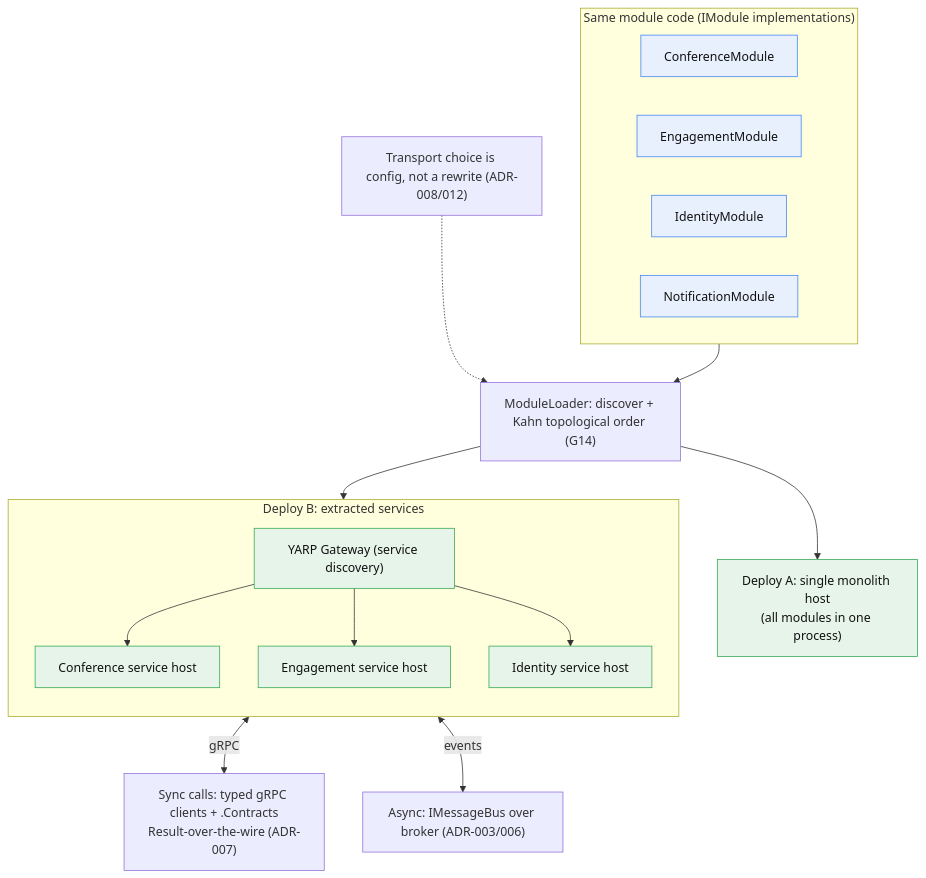
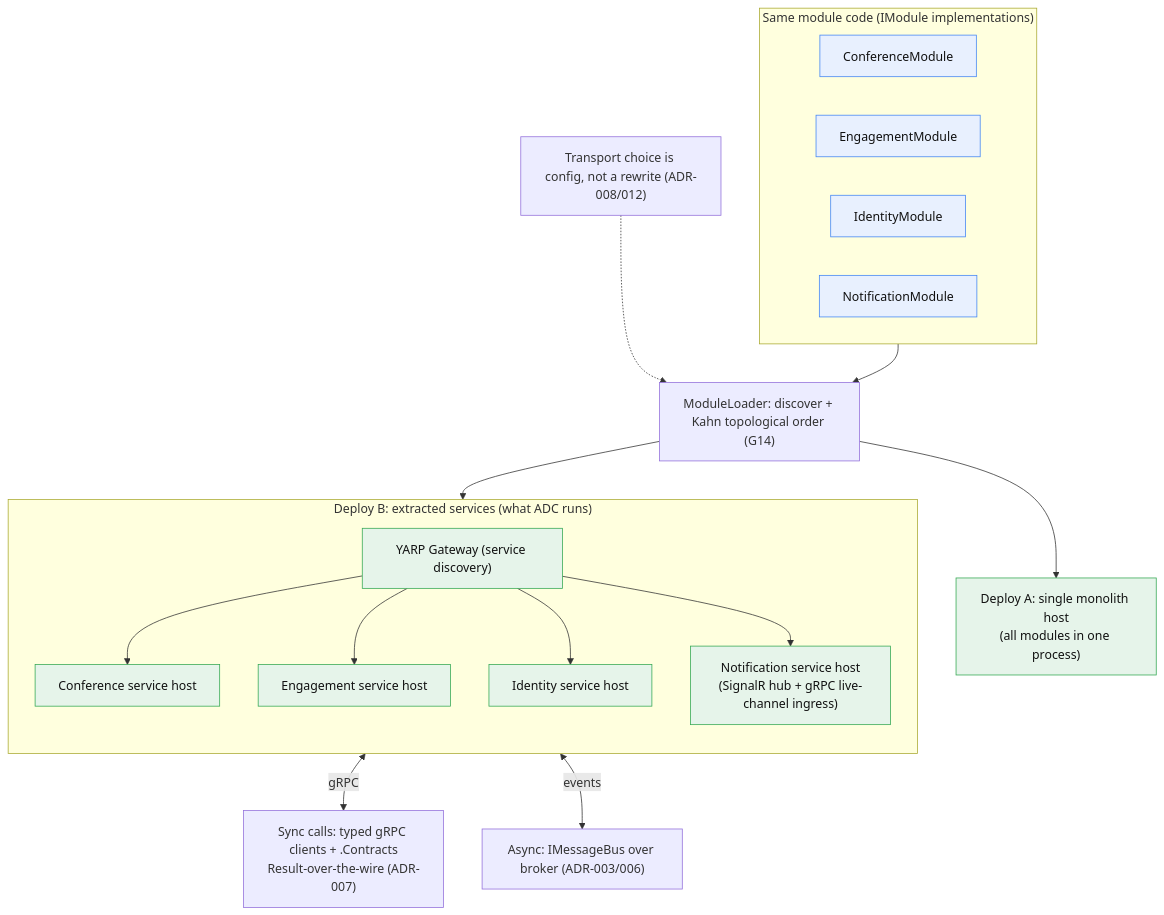
Before and after one commit to ivanball/ivanball.github.io: the seventh of 15 diagrams in docs-src/onboarding/CONCEPT-MAPS.md, drawn with Mermaid. The commit also changed other lines of this file and 15 other files, not shown here.

````diff
--- a/docs-src/onboarding/CONCEPT-MAPS.md
+++ b/docs-src/onboarding/CONCEPT-MAPS.md
@@ -334,39 +380,41 @@
 ```mermaid
 flowchart TD
     subgraph SRC["Same module code (IModule implementations)"]
         MC["ConferenceModule"]
         ME["EngagementModule"]
         MI["IdentityModule"]
         MN["NotificationModule"]
     end
     LOADER["ModuleLoader: discover + Kahn topological order (G14)"]
 
     MONO["Deploy A: single monolith host<br/>(all modules in one process)"]
 
-    subgraph SERVICES["Deploy B: extracted services"]
+    subgraph SERVICES["Deploy B: extracted services (what ADC runs)"]
         direction TB
         GW["YARP Gateway (service discovery)"]
         SVC1["Conference service host"]
         SVC2["Engagement service host"]
         SVC3["Identity service host"]
+        SVC4["Notification service host<br/>(SignalR hub + gRPC live-channel ingress)"]
         GW --> SVC1
         GW --> SVC2
         GW --> SVC3
+        GW --> SVC4
     end
 
     SYNC["Sync calls: typed gRPC clients + .Contracts<br/>Result-over-the-wire (ADR-007)"]
     ASYNC["Async: IMessageBus over broker (ADR-003/006)"]
 
     SRC --> LOADER
     LOADER --> MONO
     LOADER --> SERVICES
     SVC1 <-->|"gRPC"| SYNC
     SVC1 <-->|"events"| ASYNC
     NOTE["Transport choice is config, not a rewrite (ADR-008/012)"]
     NOTE -.-> LOADER
 
     classDef mod fill:#e8f0fe,stroke:#4285f4,color:#111
     classDef dep fill:#e6f4ea,stroke:#34a853,color:#111
     class MC,ME,MI,MN mod
-    class MONO,GW,SVC1,SVC2,SVC3 dep
+    class MONO,GW,SVC1,SVC2,SVC3,SVC4 dep
 ```
````
